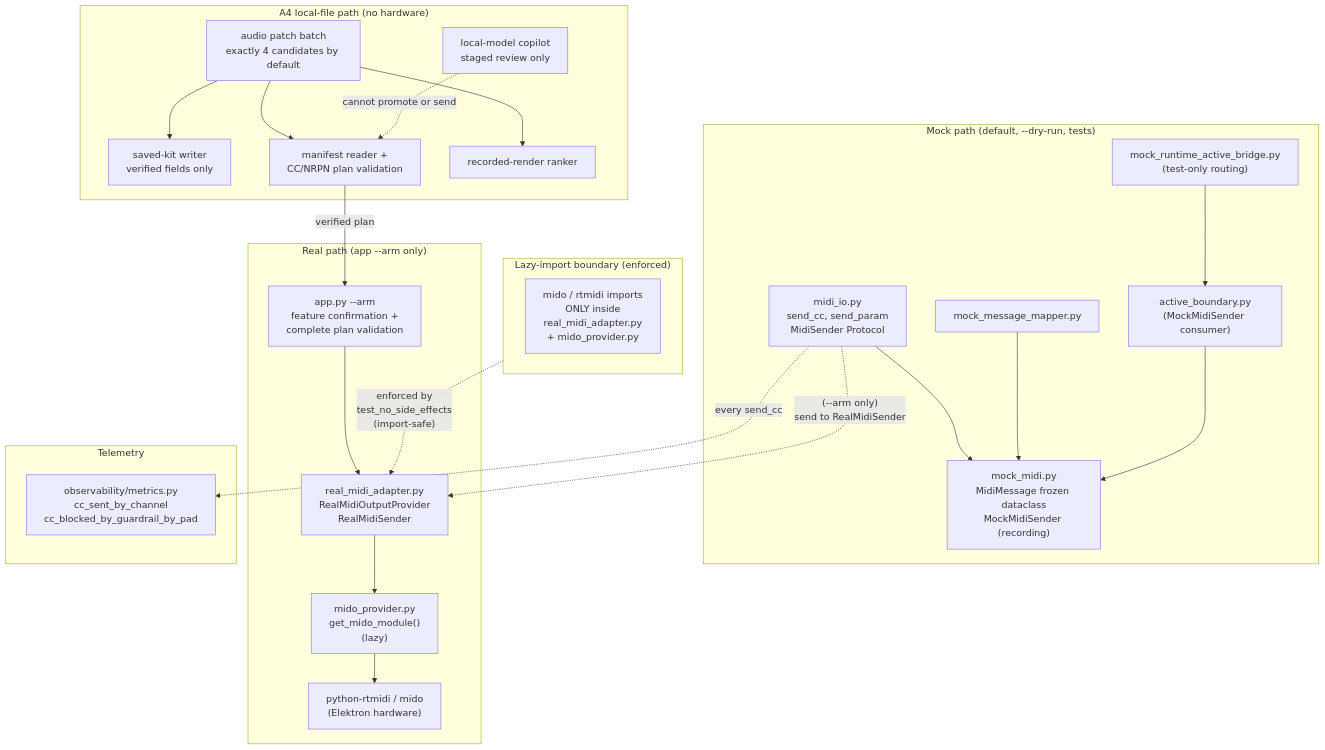
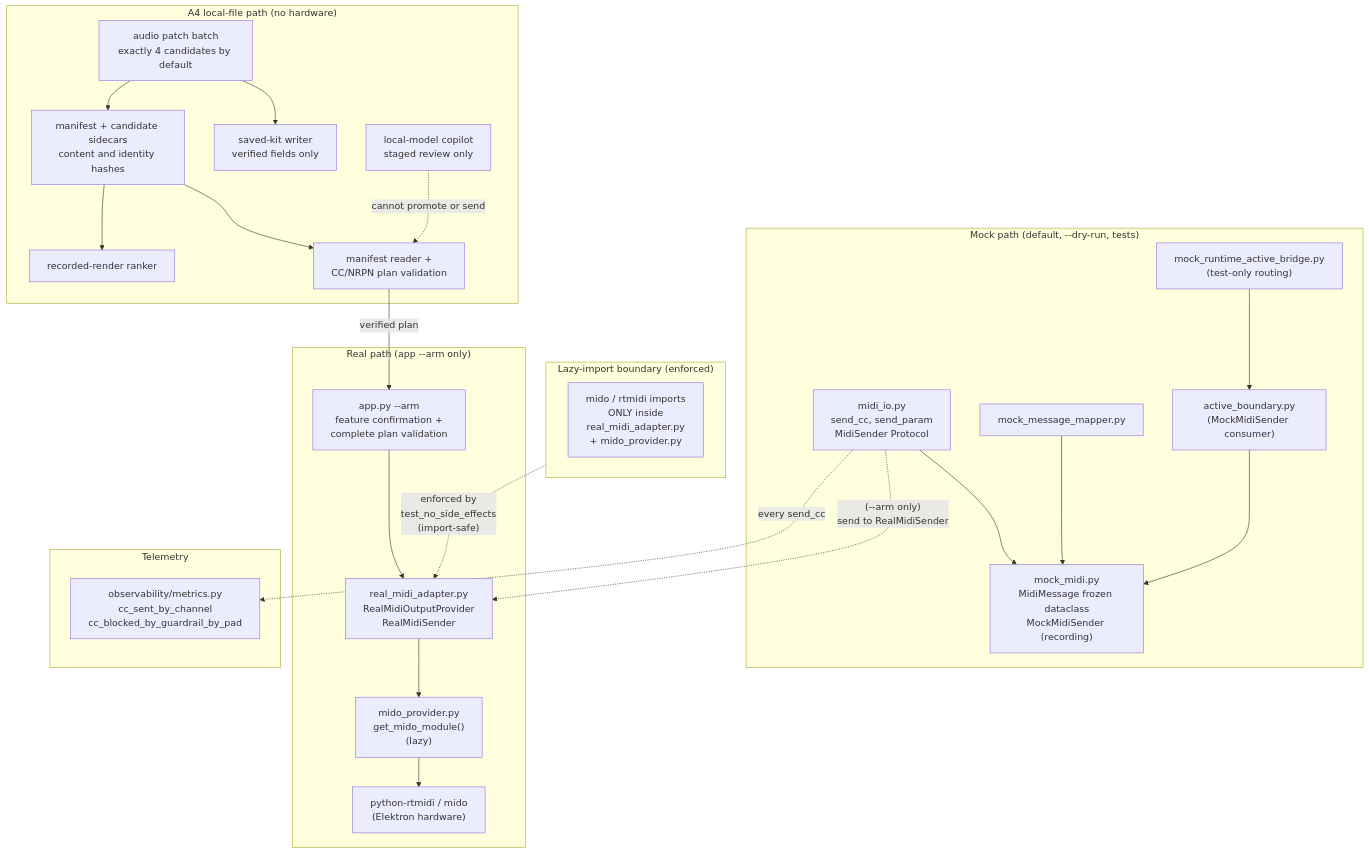
Before and after one commit to buzzijose-hub/RytmRandomizer: diagram 15 of 34 in docs/ARCHITECTURE_DIAGRAMS.md, drawn with Mermaid. The commit also changed other lines of this file and 27 other files, not shown here.

````diff
--- a/docs/ARCHITECTURE_DIAGRAMS.md
+++ b/docs/ARCHITECTURE_DIAGRAMS.md
@@ -1119,53 +1120,55 @@
 ```mermaid
 flowchart TB
     subgraph Lazy["Lazy-import boundary (enforced)"]
         MidoLazy["mido / rtmidi imports<br/>ONLY inside<br/>real_midi_adapter.py<br/>+ mido_provider.py"]
     end
 
     subgraph MockPath["Mock path (default, --dry-run, tests)"]
         MidiIO["midi_io.py<br/>send_cc, send_param<br/>MidiSender Protocol"]
         MockMidi["mock_midi.py<br/>MidiMessage frozen dataclass<br/>MockMidiSender (recording)"]
         MockMapper["mock_message_mapper.py"]
         ActiveBoundary["active_boundary.py<br/>(MockMidiSender consumer)"]
         MockBridge["mock_runtime_active_bridge.py<br/>(test-only routing)"]
     end
 
     subgraph A4Passive["A4 local-file path (no hardware)"]
         A4Batch["audio patch batch<br/>exactly 4 candidates by default"]
         A4SysEx["saved-kit writer<br/>verified fields only"]
+        A4Artifacts["manifest + candidate sidecars<br/>content and identity hashes"]
         A4Reader["manifest reader +<br/>CC/NRPN plan validation"]
         A4Rank["recorded-render ranker"]
         LocalModel["local-model copilot<br/>staged review only"]
     end
 
     subgraph RealPath["Real path (app --arm only)"]
         AppArm["app.py --arm<br/>feature confirmation +<br/>complete plan validation"]
         RealAdapter["real_midi_adapter.py<br/>RealMidiOutputProvider<br/>RealMidiSender"]
         MidoProvider["mido_provider.py<br/>get_mido_module()<br/>(lazy)"]
         RealHardware["python-rtmidi / mido<br/>(Elektron hardware)"]
     end
 
     subgraph Observability["Telemetry"]
         Metrics["observability/metrics.py<br/>cc_sent_by_channel<br/>cc_blocked_by_guardrail_by_pad"]
     end
 
     MidiIO --> MockMidi
     MockMapper --> MockMidi
     ActiveBoundary --> MockMidi
     MockBridge --> ActiveBoundary
 
     A4Batch --> A4SysEx
-    A4Batch --> A4Reader
-    A4Batch --> A4Rank
+    A4Batch --> A4Artifacts
+    A4Artifacts --> A4Reader
+    A4Artifacts --> A4Rank
     LocalModel -.->|"cannot promote or send"| A4Reader
     A4Reader -->|"verified plan"| AppArm
 
     MidiIO -.->|"(--arm only)<br/>send to RealMidiSender"| RealAdapter
     AppArm --> RealAdapter
     RealAdapter --> MidoProvider
     MidoProvider --> RealHardware
 
     MidiIO -.->|"every send_cc"| Metrics
 
     Lazy -.->|"enforced by<br/>test_no_side_effects<br/>(import-safe)"| RealAdapter
 ```
````
